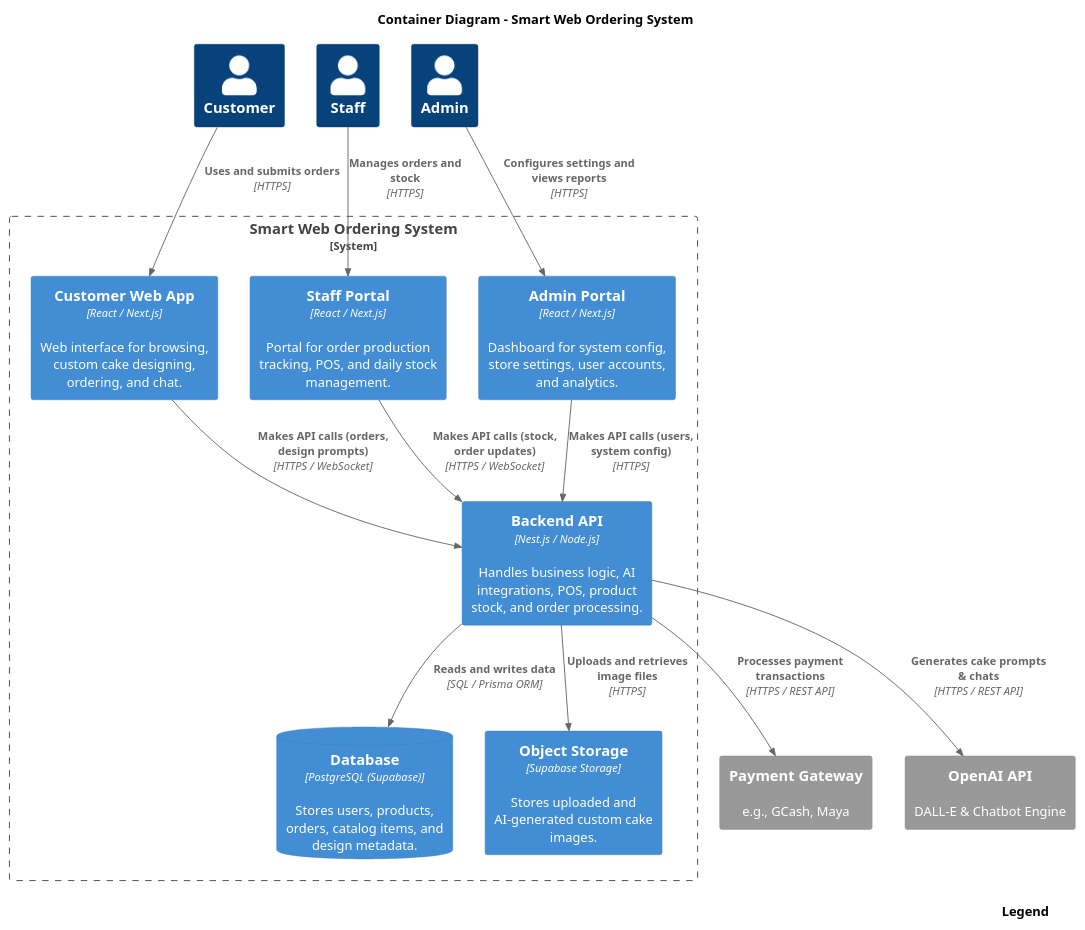
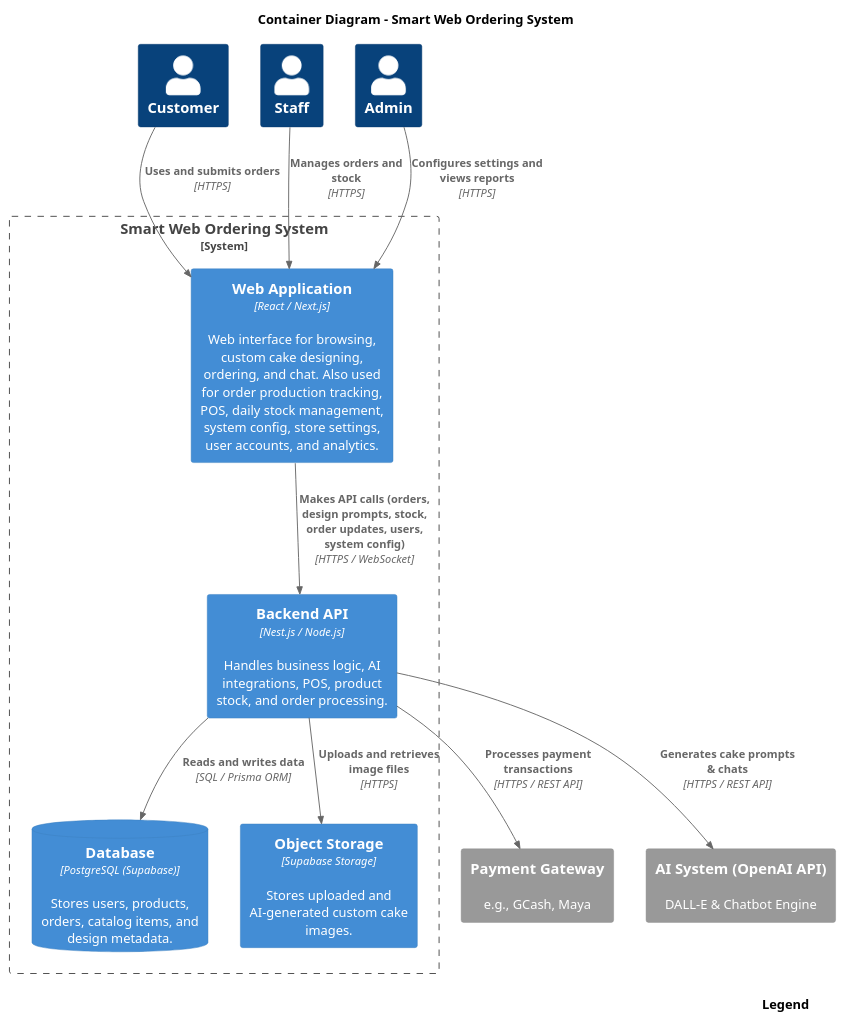
Before and after one commit to APC-SoCIT/APC-2026-2027-T1-IT241-Grp7-Smart-Web-Order-System-for-Mama-Co: the diagram in PBL/MSYADD/CONTAINER DIAGRAM.puml, drawn with PlantUML.

Commit message:
Update CONTAINER DIAGRAM.puml

```diff
--- a/PBL/MSYADD/CONTAINER DIAGRAM.puml
+++ b/PBL/MSYADD/CONTAINER DIAGRAM.puml
@@ -1,60 +1,54 @@
 @startuml
-!include https://raw.githubusercontent.com/plantuml-stdlib/C4-PlantUML/master/C4_Container.puml
+!include <C4/C4_Container>
 
 LAYOUT_TOP_DOWN()
 SHOW_LEGEND()
 
 title Container Diagram - Smart Web Ordering System
 
 ' Actors (Top Tier)
 together {
     Person(customer, "Customer")
     Person(staff, "Staff")
     Person(admin, "Admin")
 }
 
 ' System Boundary
 System_Boundary(smart_ordering_system, "Smart Web Ordering System") {
 
-    ' Front-End Containers
-    together {
-        Container(customer_web_app, "Customer Web App", "React / Next.js", "Web interface for browsing, custom cake designing, ordering, and chat.")
-        Container(staff_portal, "Staff Portal", "React / Next.js", "Portal for order production tracking, POS, and daily stock management.")
-        Container(admin_portal, "Admin Portal", "React / Next.js", "Dashboard for system config, store settings, user accounts, and analytics.")
-    }
+    ' Front-End Container (single web domain for all roles)
+    Container(web_app, "Web Application", "React / Next.js", "Web interface for browsing, custom cake designing, ordering, and chat. Also used for order production tracking, POS, daily stock management, system config, store settings, user accounts, and analytics.")
 
     ' Core Backend Container
     Container(backend_api, "Backend API", "Nest.js / Node.js", "Handles business logic, AI integrations, POS, product stock, and order processing.")
 
     ' Storage Containers
     together {
         ContainerDb(database, "Database", "PostgreSQL (Supabase)", "Stores users, products, orders, catalog items, and design metadata.")
         Container(object_storage, "Object Storage", "Supabase Storage", "Stores uploaded and AI-generated custom cake images.")
     }
 }
 
 ' External Systems
 together {
     System_Ext(payment_gateway, "Payment Gateway", "e.g., GCash, Maya")
-    System_Ext(openai_api, "OpenAI API", "DALL-E & Chatbot Engine")
+    System_Ext(ai_system, "AI System (OpenAI API)", "DALL-E & Chatbot Engine")
 }
 
 ' Actor to Frontend Interactions
-Rel_Down(customer, customer_web_app, "Uses and submits orders", "HTTPS")
-Rel_Down(staff, staff_portal, "Manages orders and stock", "HTTPS")
-Rel_Down(admin, admin_portal, "Configures settings and views reports", "HTTPS")
+Rel_Down(customer, web_app, "Uses and submits orders", "HTTPS")
+Rel_Down(staff, web_app, "Manages orders and stock", "HTTPS")
+Rel_Down(admin, web_app, "Configures settings and views reports", "HTTPS")
 
 ' Frontend to Backend Interactions
-Rel_Down(customer_web_app, backend_api, "Makes API calls (orders, design prompts)", "HTTPS / WebSocket")
-Rel_Down(staff_portal, backend_api, "Makes API calls (stock, order updates)", "HTTPS / WebSocket")
-Rel_Down(admin_portal, backend_api, "Makes API calls (users, system config)", "HTTPS")
+Rel_Down(web_app, backend_api, "Makes API calls (orders, design prompts, stock, order updates, users, system config)", "HTTPS / WebSocket")
 
 ' Backend to Storage Interactions
 Rel_Down(backend_api, database, "Reads and writes data", "SQL / Prisma ORM")
 Rel_Down(backend_api, object_storage, "Uploads and retrieves image files", "HTTPS")
 
 ' Backend to External Systems Interactions
 Rel_Down(backend_api, payment_gateway, "Processes payment transactions", "HTTPS / REST API")
-Rel_Down(backend_api, openai_api, "Generates cake prompts & chats", "HTTPS / REST API")
+Rel_Down(backend_api, ai_system, "Generates cake prompts & chats", "HTTPS / REST API")
 
 @enduml
```
